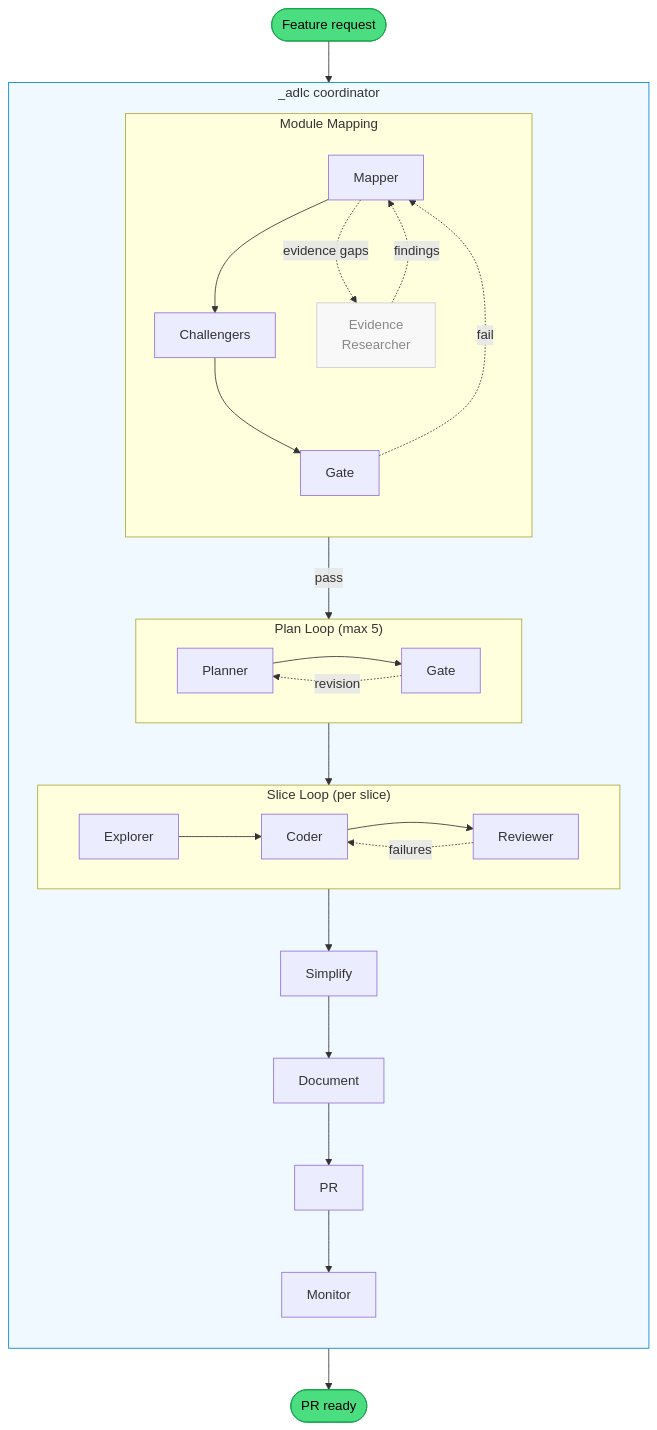
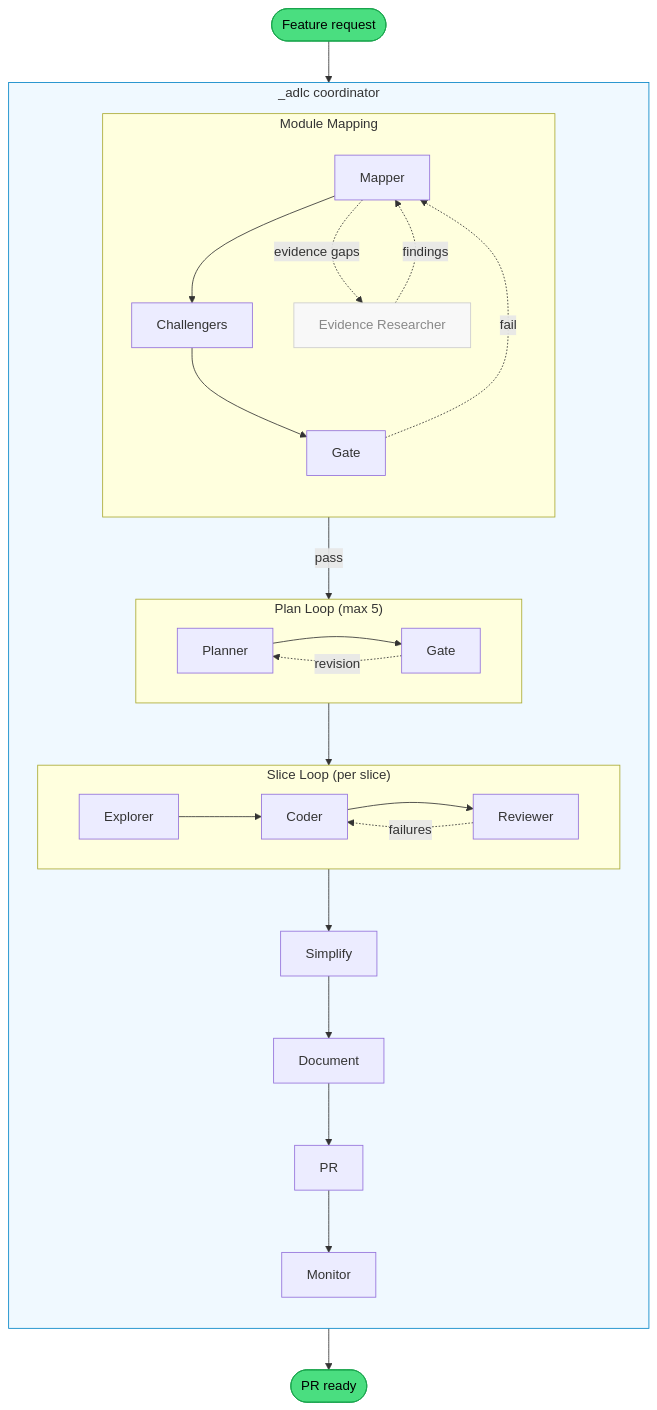
One commit to patricklafrance/plantz-claude-v2 changed the diagram in README.md. Above: the diagram before and after it, drawn with Mermaid. The commit also changed other lines of this file and 114 other files, not shown here.

````diff
--- a/README.md
+++ b/README.md
@@ -60,40 +61,40 @@
 ```mermaid
 flowchart TD
     Start([Feature request]) --> Coord
 
     subgraph Coord["_adlc coordinator"]
         direction TB
 
         subgraph ModuleMap["Module Mapping"]
             direction TB
             Mapper --> Challengers --> Gate
-            Mapper -. "evidence gaps" .-> Evidence["Evidence\nResearcher"] -. findings .-> Mapper
+            Mapper -. "evidence gaps" .-> Evidence["Evidence Researcher"] -. findings .-> Mapper
             Gate -. "fail" .-> Mapper
         end
 
         Gate -- "pass" --> PlanLoop
 
         subgraph PlanLoop["Plan Loop (max 5)"]
             direction LR
             Planner --> PlanGate["Gate"]
             PlanGate -. "revision" .-> Planner
         end
 
         PlanLoop --> SliceLoop
 
         subgraph SliceLoop["Slice Loop (per slice)"]
             direction LR
             Explorer --> Coder --> Reviewer
             Reviewer -. "failures" .-> Coder
         end
 
         SliceLoop --> Simplify --> Document --> PR --> Monitor
     end
 
     Monitor --> Done([PR ready])
 
     style Start fill:#4ade80,stroke:#16a34a,color:#000
     style Done fill:#4ade80,stroke:#16a34a,color:#000
     style Coord fill:#f0f9ff,stroke:#0284c7
     style Evidence fill:#f8f8f8,stroke:#ccc,color:#888
 ```
````
